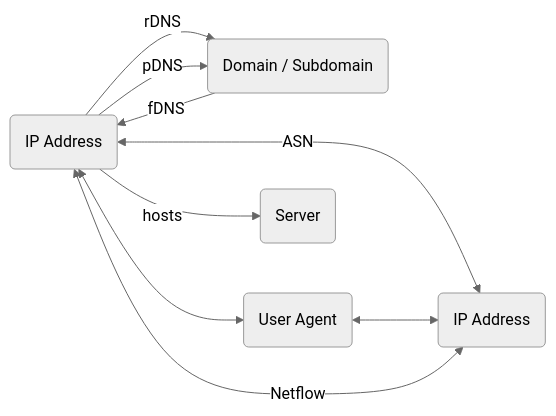
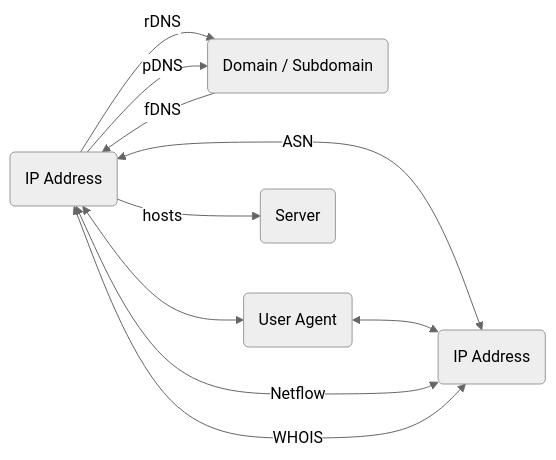
Before and after one commit to korniko98/pivot-atlas: the diagram in docs/index.md, drawn with Mermaid (neutral theme). The commit also changed other lines of this file and 8 other files, not shown here.

````diff
--- a/docs/index.md
+++ b/docs/index.md
@@ -29,16 +29,17 @@
 	```mermaid
 	flowchart LR
-		A("IP Address") -- rDNS --> B("Domain / Subdomain")
-		A -- pDNS --> B
-		B -- fDNS --> A
-		A <-- ASN --> C("IP Address")
-		A <--> E("User Agent")
-		E <--> C
-		A <-- Netflow --> C
-		A -- hosts --> D("Server")
-		click A "artifacts/ip-address"
-		click B "artifacts/domain"
-		click C "artifacts/ip-address"
-		click D "artifacts/server"
-		click E "artifacts/user-agents"
+		IP_ADDRESS("IP Address") -- rDNS --> DOMAIN("Domain / Subdomain")
+		IP_ADDRESS -- pDNS --> DOMAIN
+		DOMAIN -- fDNS --> IP_ADDRESS
+		IP_ADDRESS <-- ASN --> IP_ADDRESS_("IP Address")
+		IP_ADDRESS <--> USER_AGENT("User Agent")
+		USER_AGENT <--> IP_ADDRESS_
+		IP_ADDRESS <-- Netflow --> IP_ADDRESS_
+		IP_ADDRESS <-- WHOIS --> IP_ADDRESS_
+		IP_ADDRESS -- hosts --> SERVER("Server")
+		click IP_ADDRESS "artifacts/ip-address"
+		click DOMAIN "artifacts/domain"
+		click IP_ADDRESS_ "artifacts/ip-address"
+		click SERVER "artifacts/server"
+		click USER_AGENT "artifacts/user-agent"
 	```
````
